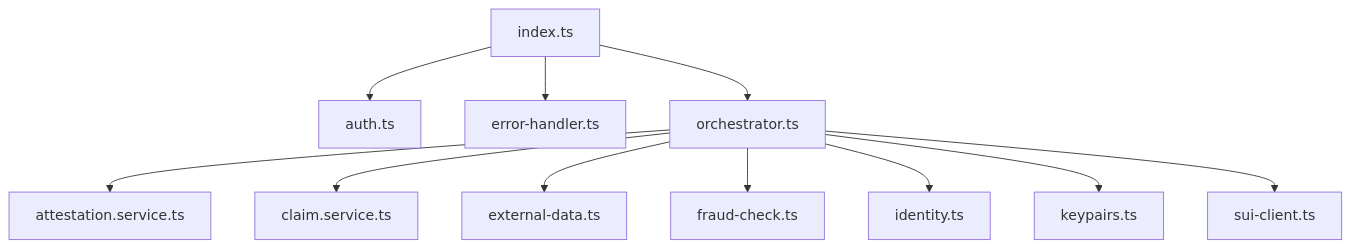
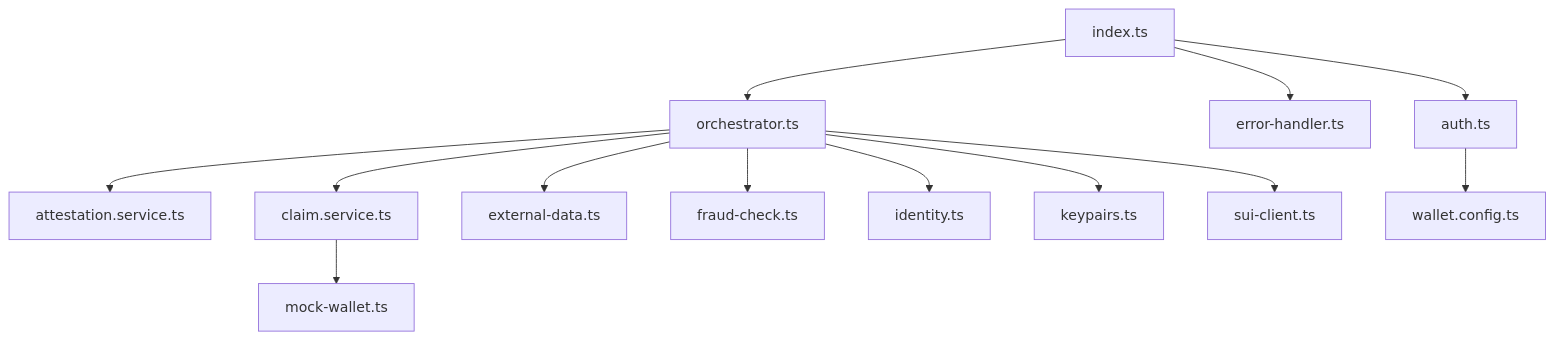
The ninth of 9 diagrams in .qoder/repowiki/en/content/Architecture Overview/Backend Services Architecture.md (hieudepoet/Insurix), drawn with Mermaid before and after one commit. The commit also changed other lines of this file and 63 other files, not shown here.

````diff
--- a/.qoder/repowiki/en/content/Architecture Overview/Backend Services Architecture.md
+++ b/.qoder/repowiki/en/content/Architecture Overview/Backend Services Architecture.md
@@ -324,13 +345,15 @@
 ```mermaid
 graph TB
 Index["index.ts"] --> Auth["auth.ts"]
 Index --> ErrorHandler["error-handler.ts"]
 Index --> Orchestrator["orchestrator.ts"]
 Orchestrator --> Attestation["attestation.service.ts"]
 Orchestrator --> Claim["claim.service.ts"]
 Orchestrator --> ExtData["external-data.ts"]
 Orchestrator --> Fraud["fraud-check.ts"]
 Orchestrator --> Identity["identity.ts"]
 Orchestrator --> Keypairs["keypairs.ts"]
 Orchestrator --> SuiClient["sui-client.ts"]
+Auth --> WalletConfig["wallet.config.ts"]
+Claim --> MockWallet["mock-wallet.ts"]
 ```
````
